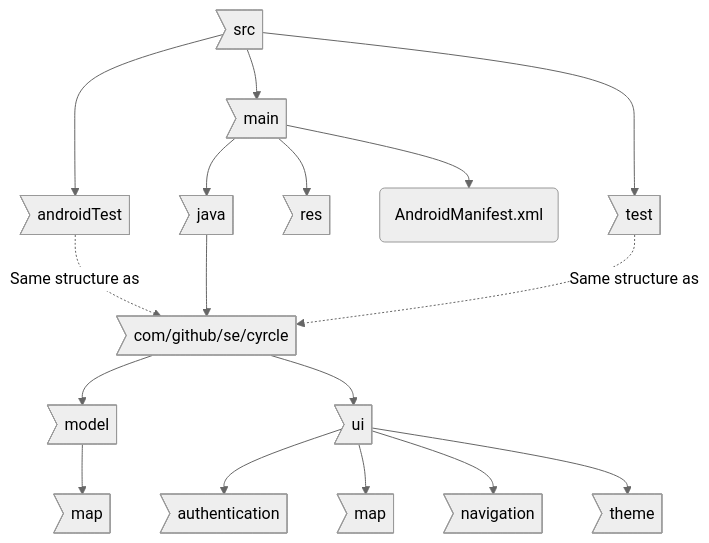
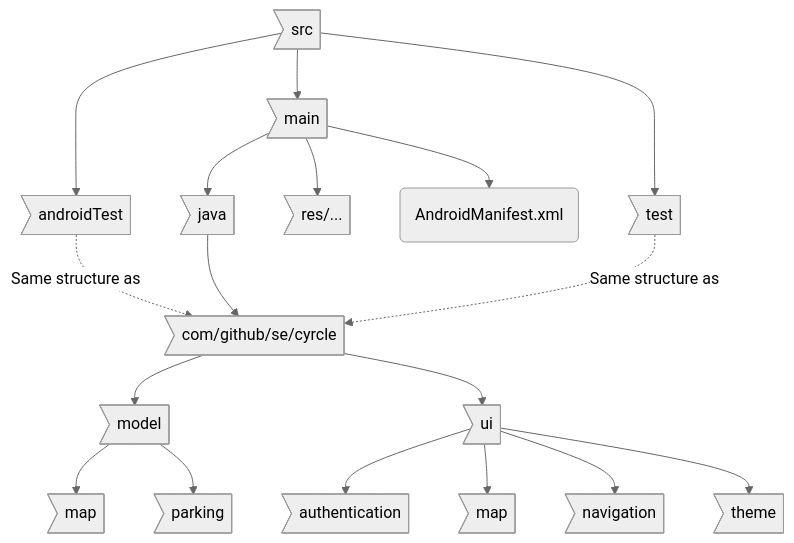
One commit to SwEnt-Fall-2024-Group-22/Cyrcle changed the first of 3 diagrams in docs/Architecture.md. Above: the diagram before and after it, drawn with Mermaid. The commit also changed other lines of this file, not shown here.

Commit message:
doc: update Architecture.md
Better reflect the current project directory tree.

````diff
--- a/docs/Architecture.md
+++ b/docs/Architecture.md
@@ -4,30 +4,31 @@
 ```mermaid
 ---
 config:
     theme: neutral
     fontFamily: helvetica
 ---
 flowchart TB
     SRC>src] --> ANDROID_TEST>androidTest] 
     SRC --> MAIN>main]
     SRC --> UNIT_TEST>test]
     
     ANDROID_TEST -.Same structure as.-> C_GH_SE_CYRCLE>com/github/se/cyrcle]
 
-    MAIN --> RES>res]
+    MAIN --> RES>res/...]
     MAIN --> SRC_files(AndroidManifest.xml)
     MAIN --> JAVA>java]
     JAVA --> C_GH_SE_CYRCLE
     
     UNIT_TEST -.Same structure as.-> C_GH_SE_CYRCLE
 
     C_GH_SE_CYRCLE --> MODEL>model]
     C_GH_SE_CYRCLE --> UI>ui]
     
     MODEL --> MODEL_MAP>map]
+    MODEL --> MODEL_PARKING>parking]
     
     UI --> UI_AUTH>authentication]
     UI --> UI_MAP>map]
     UI --> UI_NAV>navigation]
     UI --> UI_THEME>theme]
 ```
````
